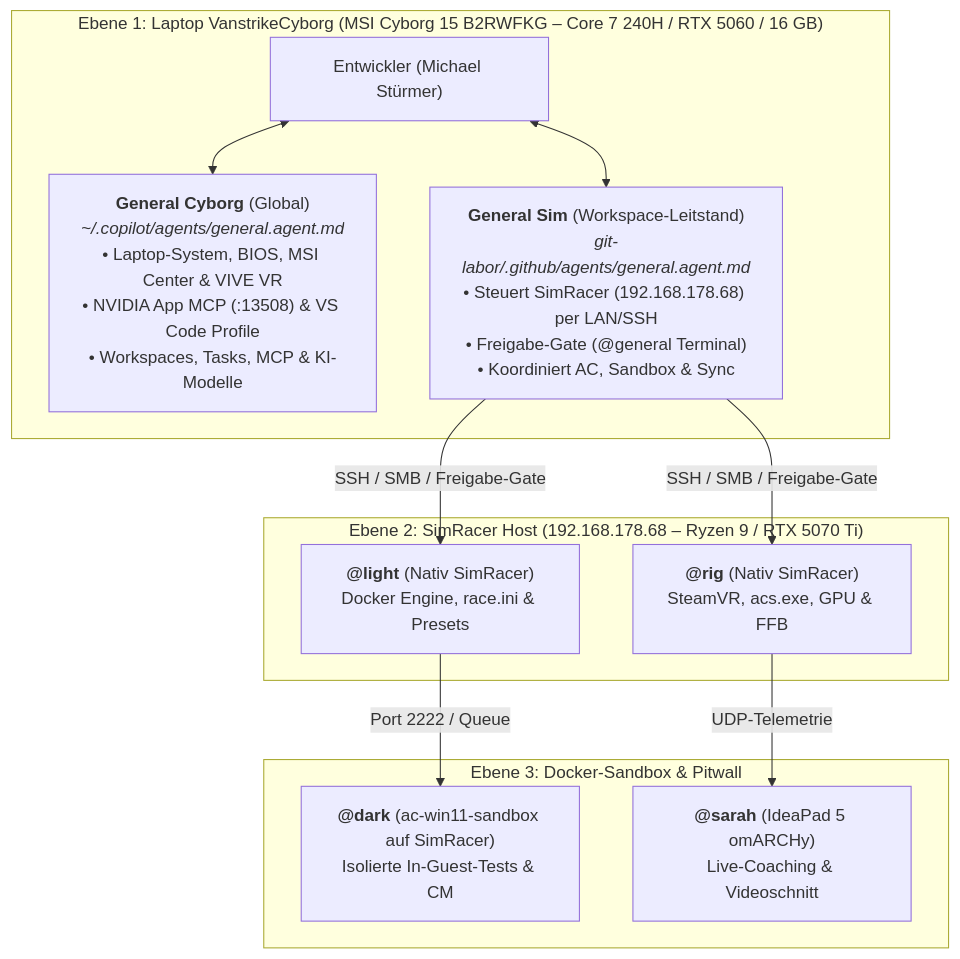
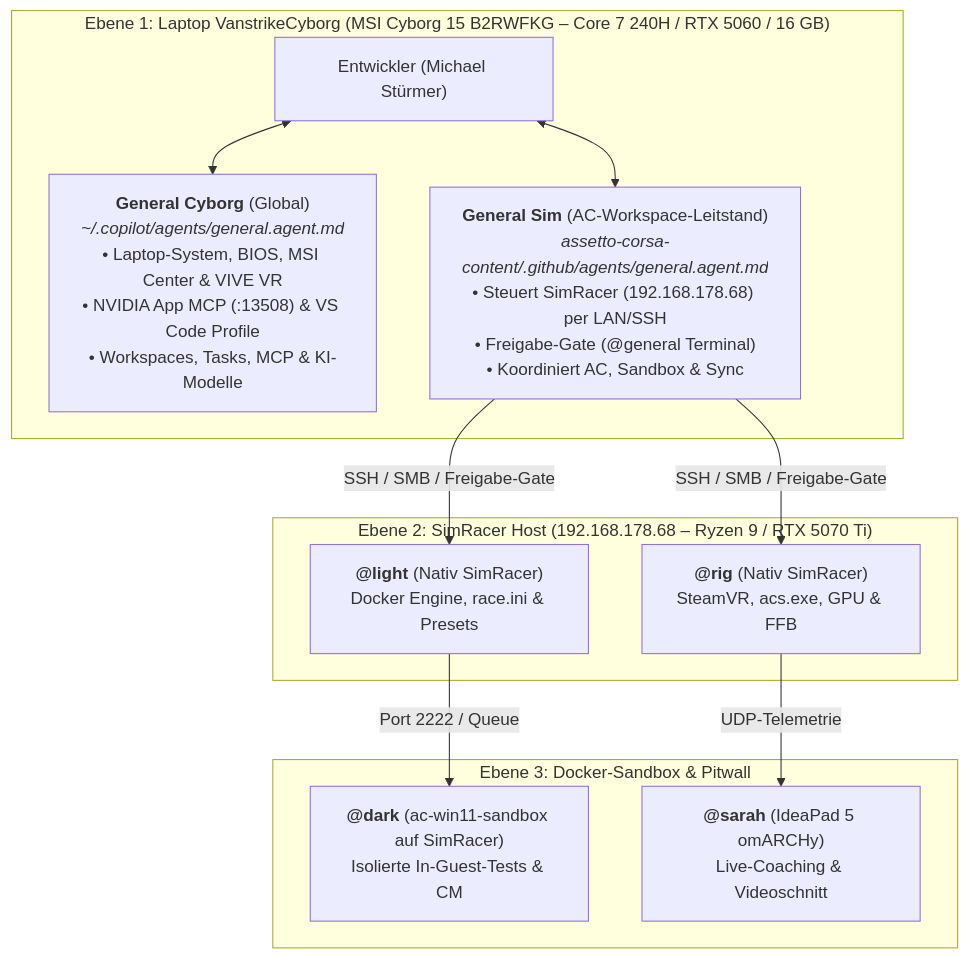
Before and after one commit to mestuermer-svg/first: the second of 3 diagrams in Doku/05_Agents/04_agenten-trainieren-primen-und-orchestrieren.md, drawn with Mermaid. The commit also changed other lines of this file and 58 other files, not shown here.

````diff
--- a/Doku/05_Agents/04_agenten-trainieren-primen-und-orchestrieren.md
+++ b/Doku/05_Agents/04_agenten-trainieren-primen-und-orchestrieren.md
@@ -58,25 +58,25 @@
 ```mermaid
 flowchart TB
     subgraph Ebene1 ["Ebene 1: Laptop VanstrikeCyborg (MSI Cyborg 15 B2RWFKG – Core 7 240H / RTX 5060 / 16 GB)"]
         USER["Entwickler (Michael Stürmer)"]
         GC["<b>General Cyborg</b> (Global)<br/><i>~/.copilot/agents/general.agent.md</i><br/>• Laptop-System, BIOS, MSI Center &amp; VIVE VR<br/>• NVIDIA App MCP (:13508) &amp; VS Code Profile<br/>• Workspaces, Tasks, MCP &amp; KI-Modelle"]
-        GS["<b>General Sim</b> (Workspace-Leitstand)<br/><i>git-labor/.github/agents/general.agent.md</i><br/>• Steuert SimRacer (192.168.178.68) per LAN/SSH<br/>• Freigabe-Gate (@general Terminal)<br/>• Koordiniert AC, Sandbox &amp; Sync"]
+        GS["<b>General Sim</b> (AC-Workspace-Leitstand)<br/><i>assetto-corsa-content/.github/agents/general.agent.md</i><br/>• Steuert SimRacer (192.168.178.68) per LAN/SSH<br/>• Freigabe-Gate (@general Terminal)<br/>• Koordiniert AC, Sandbox &amp; Sync"]
         USER <--> GC
         USER <--> GS
     end
 
     subgraph Ebene2 ["Ebene 2: SimRacer Host (192.168.178.68 – Ryzen 9 / RTX 5070 Ti)"]
         RIG["<b>@rig</b> (Nativ SimRacer)<br/>SteamVR, acs.exe, GPU &amp; FFB"]
         LIGHT["<b>@light</b> (Nativ SimRacer)<br/>Docker Engine, race.ini &amp; Presets"]
     end
 
     subgraph Ebene3 ["Ebene 3: Docker-Sandbox &amp; Pitwall"]
         DARK["<b>@dark</b> (ac-win11-sandbox auf SimRacer)<br/>Isolierte In-Guest-Tests &amp; CM"]
         SARAH["<b>@sarah</b> (IdeaPad 5 omARCHy)<br/>Live-Coaching &amp; Videoschnitt"]
     end
 
     GS -->|"SSH / SMB / Freigabe-Gate"| RIG
     GS -->|"SSH / SMB / Freigabe-Gate"| LIGHT
     LIGHT -->|"Port 2222 / Queue"| DARK
     RIG -->|"UDP-Telemetrie"| SARAH
 ```
````
